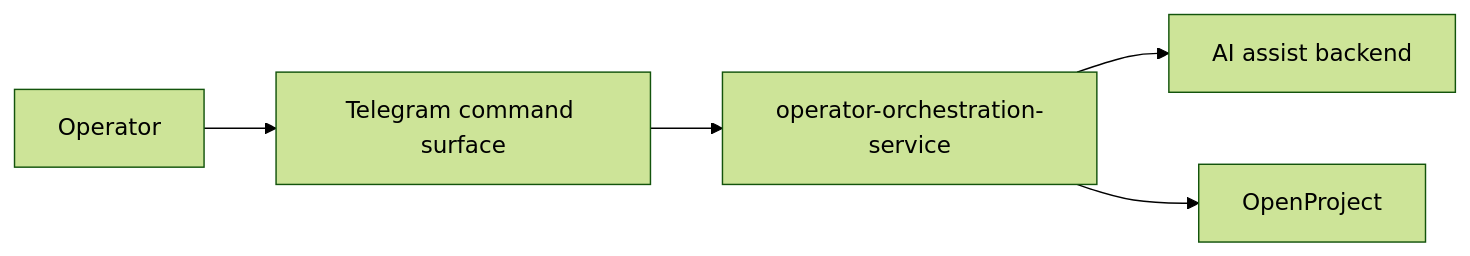
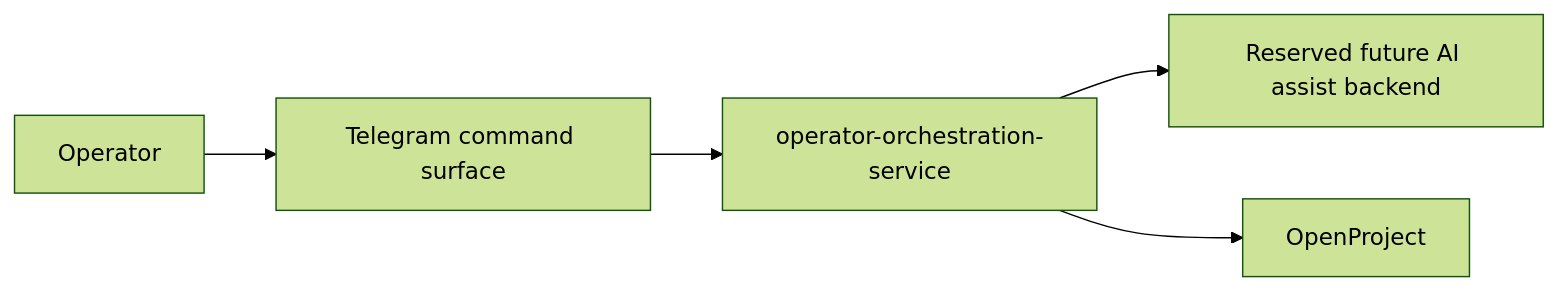
Before and after one commit to mfshaf7/operator-orchestration-service: the diagram in docs/architecture/overview.md, drawn with Mermaid (forest theme). The commit also changed other lines of this file and 23 other files, not shown here.

````diff
--- a/docs/architecture/overview.md
+++ b/docs/architecture/overview.md
@@ -11,12 +11,12 @@
 ```mermaid
 flowchart LR
     Operator[Operator]
     Telegram[Telegram command surface]
     Broker[operator-orchestration-service]
-    AI[AI assist backend]
+    AI[Reserved future AI assist backend]
     OP[OpenProject]
 
     Operator --> Telegram --> Broker
     Broker --> AI
     Broker --> OP
 ```
````
